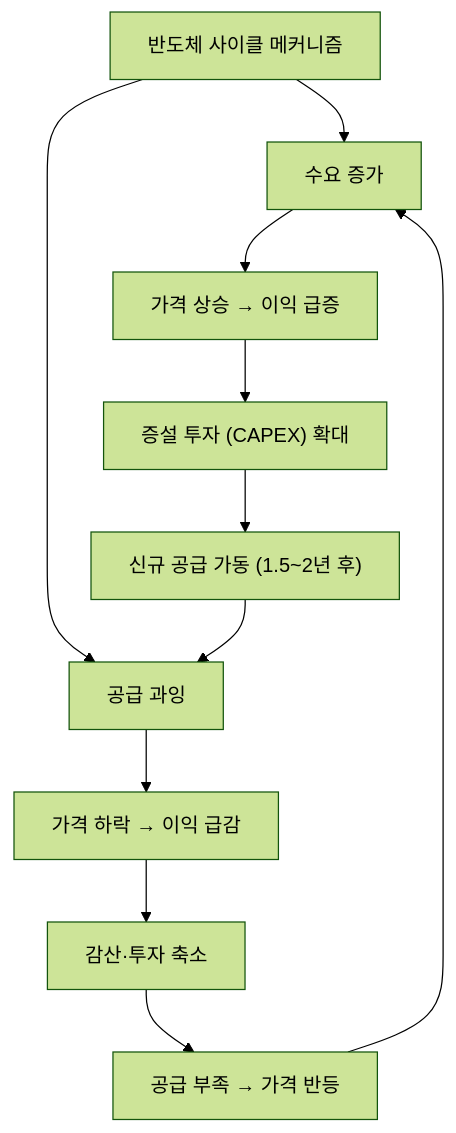
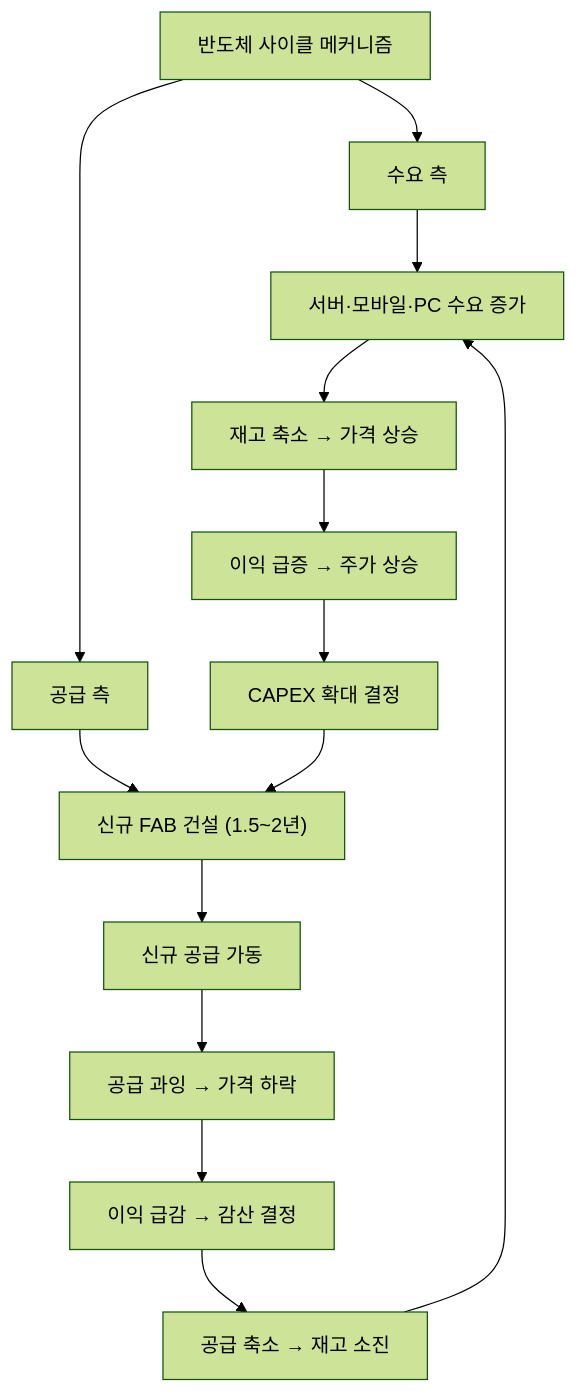
The diagram in content/stock-terms/ko/level-09-strategy-risk/semiconductor-cycle.md (yeongseon/stock-visual-note), drawn with Mermaid (forest theme) before and after one commit. The commit also changed other lines of this file and 9 other files, not shown here.

Commit message:
content: rewrite level-09 (10 articles) — richer diagrams, realistic scenarios, blog tone

````diff
--- a/content/stock-terms/ko/level-09-strategy-risk/semiconductor-cycle.md
+++ b/content/stock-terms/ko/level-09-strategy-risk/semiconductor-cycle.md
@@ -42,14 +43,17 @@
 ```mermaid
 graph TD
     A["반도체 사이클 메커니즘"]
-    A --> B["수요 증가"]
-    A --> C["공급 과잉"]
-    B --> B1["가격 상승 → 이익 급증"]
-    B1 --> B2["증설 투자 (CAPEX) 확대"]
-    B2 --> B3["신규 공급 가동 (1.5~2년 후)"]
-    B3 --> C
-    C --> C1["가격 하락 → 이익 급감"]
-    C1 --> C2["감산·투자 축소"]
-    C2 --> C3["공급 부족 → 가격 반등"]
-    C3 --> B
+    A --> B["수요 측"]
+    A --> C["공급 측"]
+    B --> B1["서버·모바일·PC 수요 증가"]
+    B1 --> B2["재고 축소 → 가격 상승"]
+    B2 --> B3["이익 급증 → 주가 상승"]
+    B3 --> B4["CAPEX 확대 결정"]
+    C --> C1["신규 FAB 건설 (1.5~2년)"]
+    C1 --> C2["신규 공급 가동"]
+    C2 --> C3["공급 과잉 → 가격 하락"]
+    C3 --> C4["이익 급감 → 감산 결정"]
+    C4 --> C5["공급 축소 → 재고 소진"]
+    C5 --> B1
+    B4 --> C1
 ```
````
